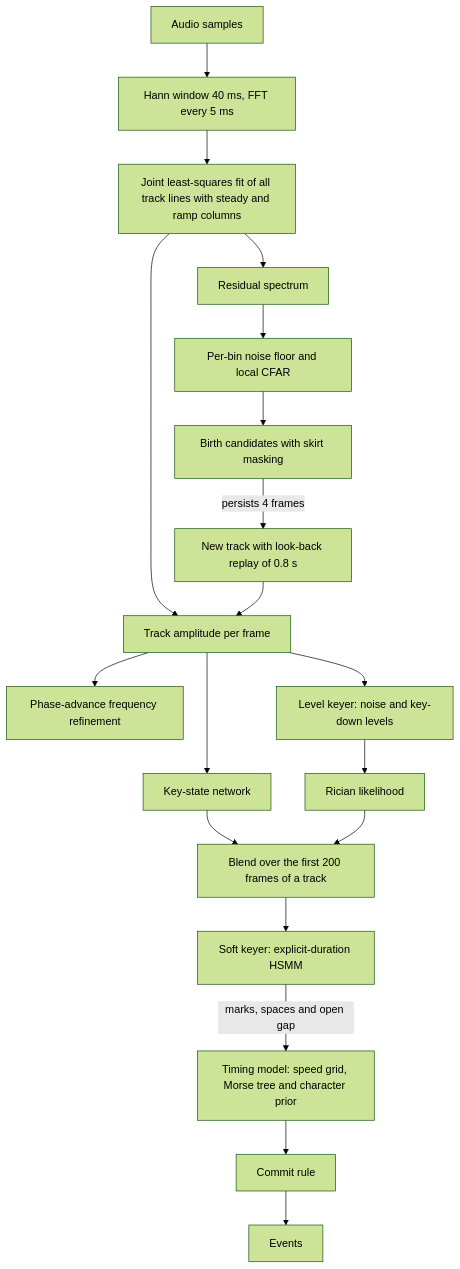
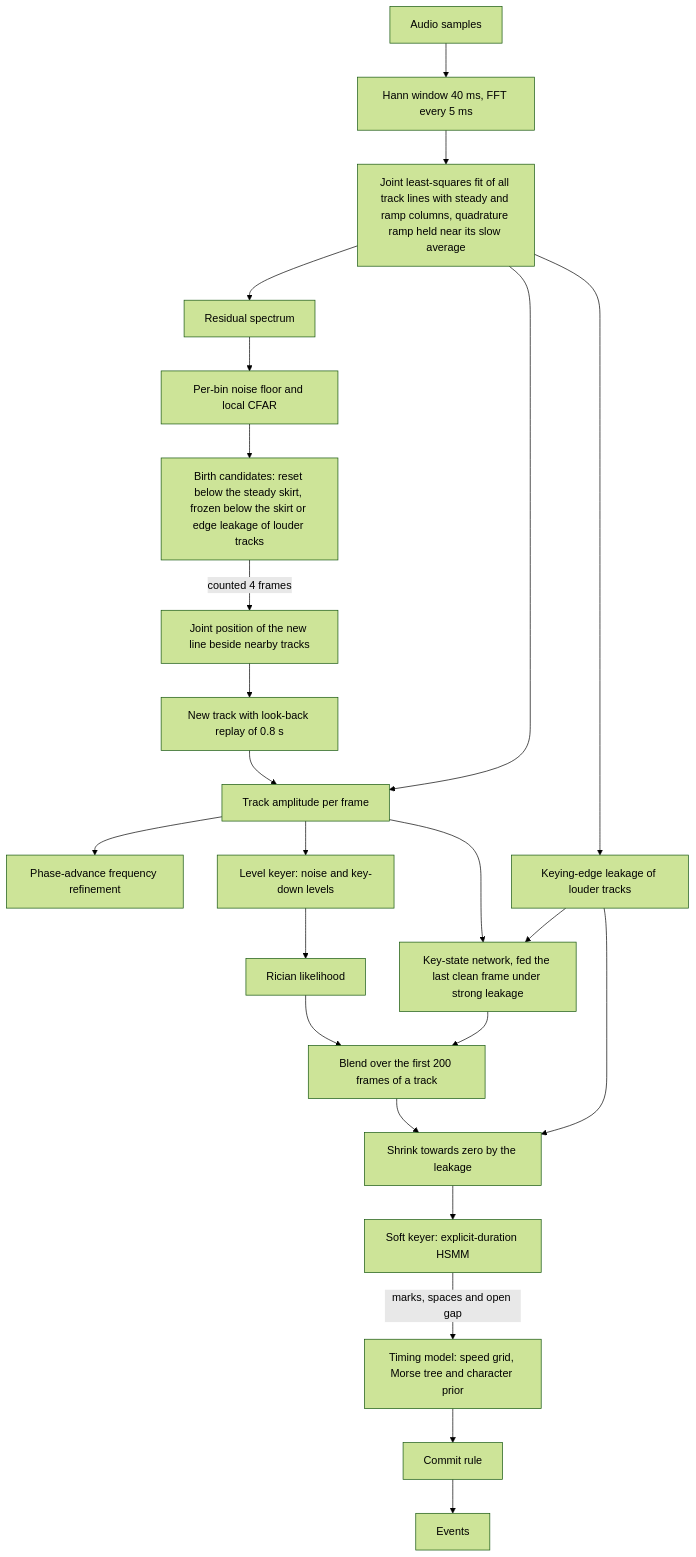
One commit to nextzlog/rumo changed the first of 7 diagrams in README.md. Above: the diagram before and after it, drawn with Mermaid (forest theme). The commit also changed other lines of this file and 3 other files, not shown here.

````diff
--- a/README.md
+++ b/README.md
@@ -53,21 +53,26 @@
 ```mermaid
 flowchart TD
   A[Audio samples] --> B[Hann window 40 ms, FFT every 5 ms]
-  B --> C[Joint least-squares fit of all track lines with steady and ramp columns]
+  B --> C[Joint least-squares fit of all track lines with steady and ramp columns, quadrature ramp held near its slow average]
   C --> D[Residual spectrum]
   D --> E[Per-bin noise floor and local CFAR]
-  E --> F[Birth candidates with skirt masking]
-  F -->|persists 4 frames| G[New track with look-back replay of 0.8 s]
+  E --> F[Birth candidates: reset below the steady skirt, frozen below the skirt or edge leakage of louder tracks]
+  F -->|counted 4 frames| Q[Joint position of the new line beside nearby tracks]
+  Q --> G[New track with look-back replay of 0.8 s]
   C --> H[Track amplitude per frame]
   G --> H
+  C --> S[Keying-edge leakage of louder tracks]
   H --> I[Phase-advance frequency refinement]
   H --> J[Level keyer: noise and key-down levels]
-  H --> K[Key-state network]
+  H --> K[Key-state network, fed the last clean frame under strong leakage]
+  S --> K
   J --> R[Rician likelihood]
   K --> L[Blend over the first 200 frames of a track]
   R --> L
-  L --> M[Soft keyer: explicit-duration HSMM]
+  L --> T[Shrink towards zero by the leakage]
+  S --> T
+  T --> M[Soft keyer: explicit-duration HSMM]
   M -->|marks, spaces and open gap| N[Timing model: speed grid, Morse tree and character prior]
   N --> O[Commit rule]
   O --> P[Events]
 ```
````
